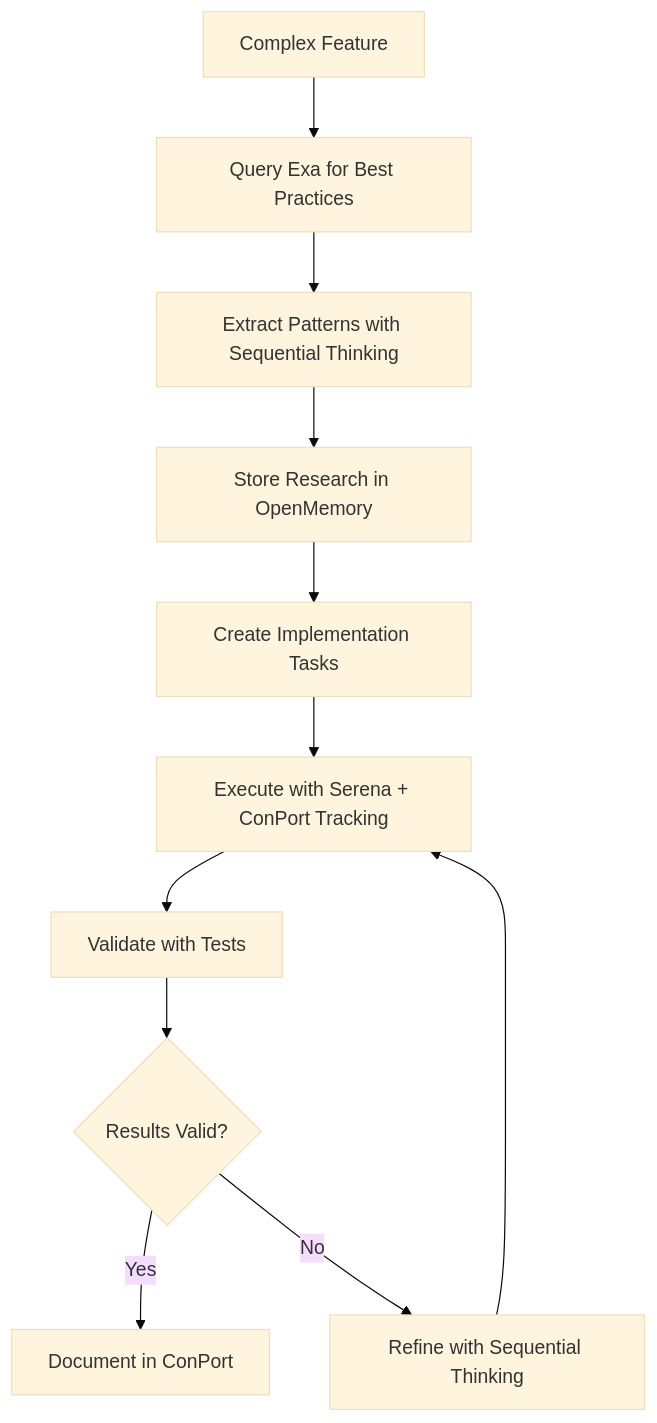
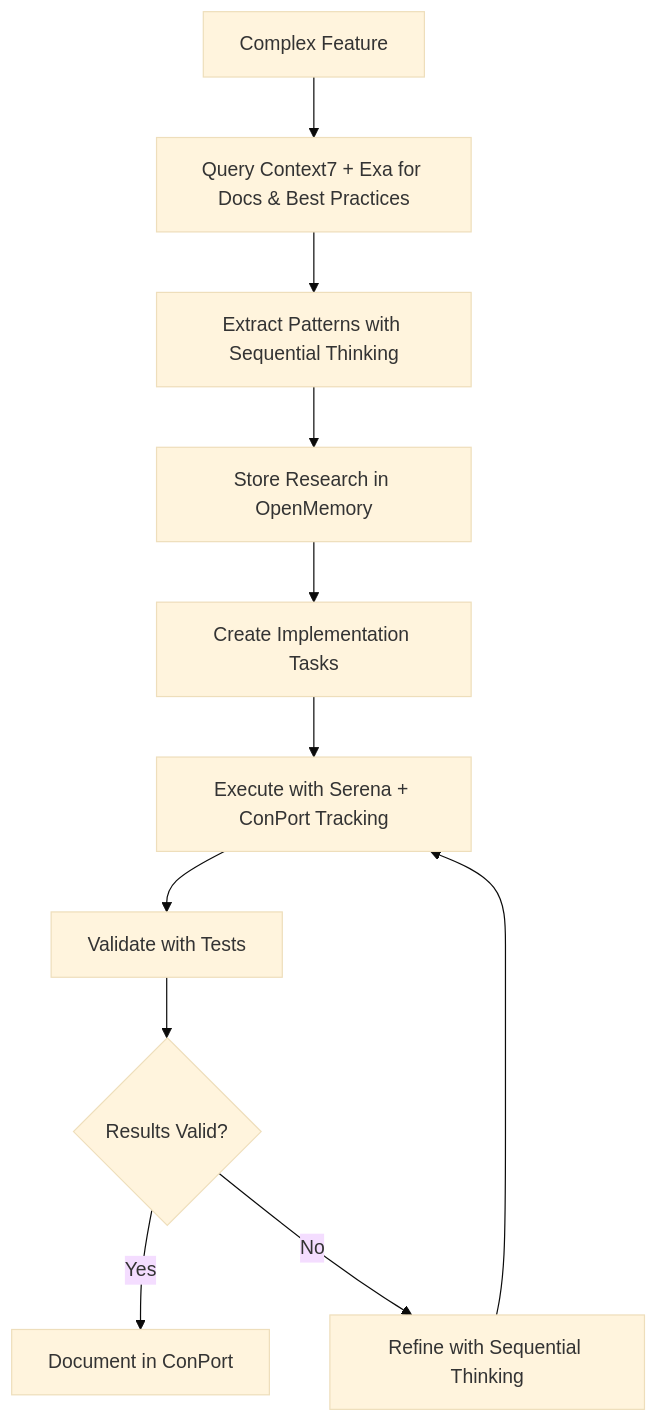
The second of 4 diagrams in .claude/workflows/optimized-patterns.md (hu3mann/ChatRipperXX_DOPEMUX), drawn with Mermaid (base theme) before and after one commit. The commit also changed other lines of this file and 1 other file, not shown here.

First line of the commit message:
feat: add context relevance filter hook and workflow documentation updates

````diff
--- a/.claude/workflows/optimized-patterns.md
+++ b/.claude/workflows/optimized-patterns.md
@@ -27,13 +27,13 @@
 ```mermaid
 graph TD
-    A[Complex Feature] --> B[Query Exa for Best Practices]
+    A[Complex Feature] --> B[Query Context7 + Exa for Docs & Best Practices]
     B --> C[Extract Patterns with Sequential Thinking]
     C --> D[Store Research in OpenMemory]
     D --> E[Create Implementation Tasks]
     E --> F[Execute with Serena + ConPort Tracking]
     F --> G[Validate with Tests]
     G --> H{Results Valid?}
     H -->|Yes| I[Document in ConPort]
     H -->|No| J[Refine with Sequential Thinking]
     J --> F
 ```
````
